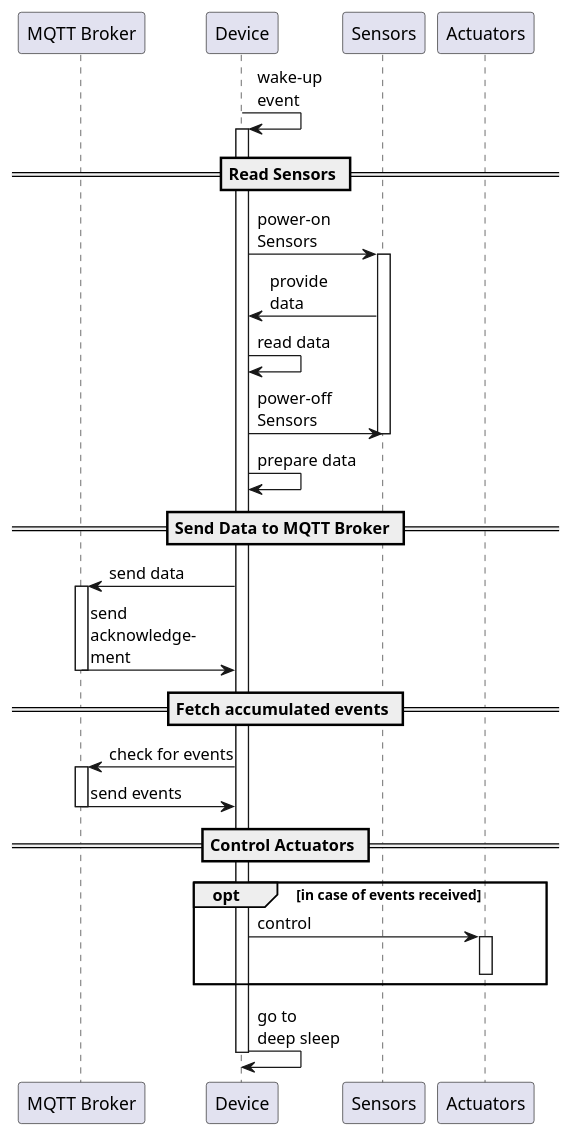
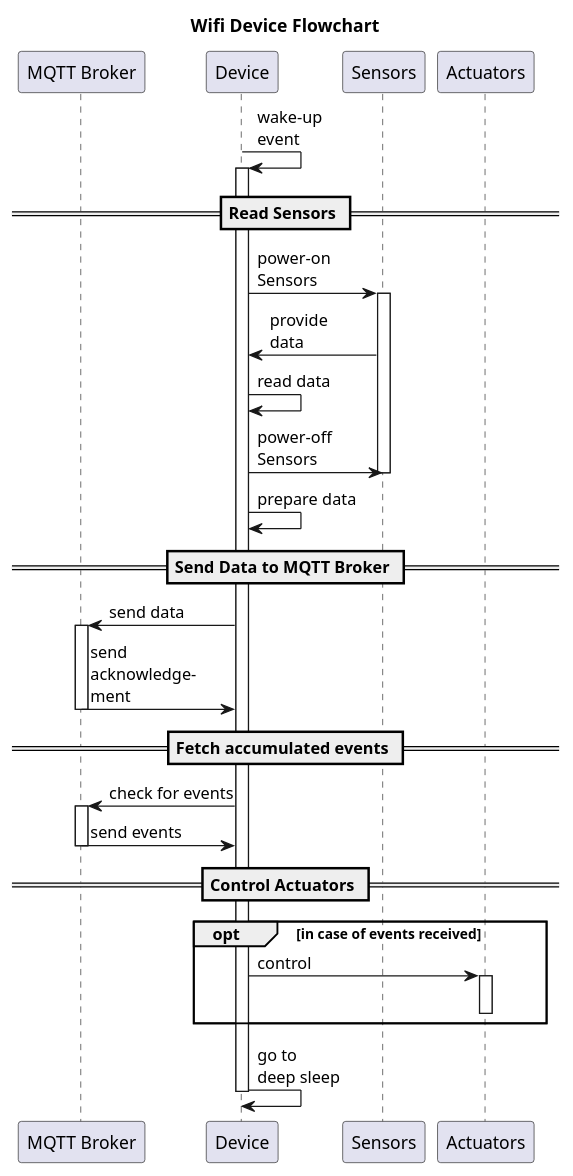
One commit to frederikheld/pot-pourri changed the diagram in docs/device_pot-monitoring-wifi_sequence.plantuml. Above: the diagram before and after it, drawn with PlantUML. The commit also changed 1 other file, not shown here.

Commit message:
Updates plantuml diagrams

```diff
--- a/docs/device_pot-monitoring-wifi_sequence.plantuml
+++ b/docs/device_pot-monitoring-wifi_sequence.plantuml
@@ -1,51 +1,55 @@
-@startuml Wifi Device Flowchart
+@startuml
 skinparam componentStyle uml2
+
+title Wifi Device Flowchart
+
+'This should go to the pot-pourri-devices repo
 
 participant "MQTT Broker"
 participant "Device"
 participant "Sensors"
 participant "Actuators"
 
 Device -> Device: wake-up\nevent
 Activate Device
 
 == Read Sensors ==
 
 Device -> Sensors: power-on\nSensors
 Activate Sensors
 Sensors -> Device: provide\ndata
 Device -> Device: read data
 Device -> Sensors: power-off\nSensors
 Deactivate Sensors
 
 Device -> Device: prepare data
 
 == Send Data to MQTT Broker ==
 
 Device -> "MQTT Broker": send data
 
 Activate "MQTT Broker"
 "MQTT Broker" -> Device: send\nacknowledge-\nment
 Deactivate "MQTT Broker"
 
 == Fetch accumulated events ==
 
 Device -> "MQTT Broker": check for events
 Activate "MQTT Broker"
 "MQTT Broker" -> Device: send events
 Deactivate "MQTT Broker"
 
 == Control Actuators ==
 
 opt in case of events received
     
     Device -> Actuators: control
     Activate Actuators
     Deactivate Actuators
 
 end
 
 Device -> Device: go to\ndeep sleep
 Deactivate Device
 
 @enduml
```
